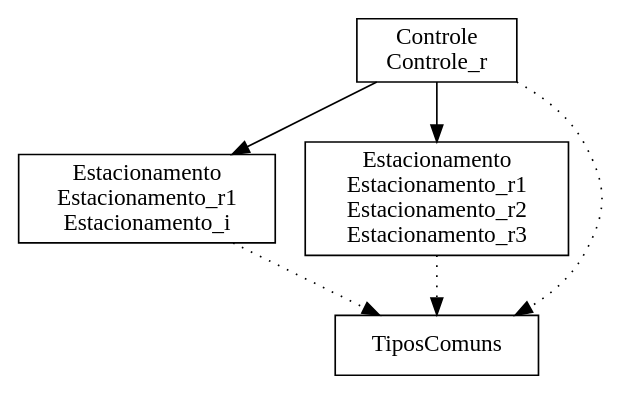
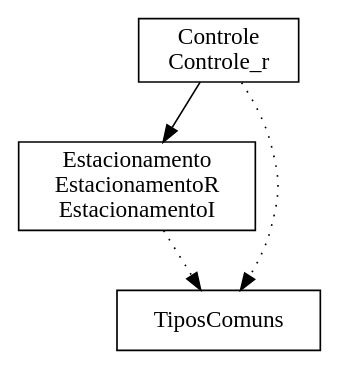
The diagram in Estacionamento/bdp/Estacionamento.dot (ciromdrs/mch_estacionamento), drawn with Graphviz before and after one commit. The commit also changed 78 other files, not shown here.

```diff
--- a/Estacionamento/bdp/Estacionamento.dot
+++ b/Estacionamento/bdp/Estacionamento.dot
@@ -1,12 +1,9 @@
 digraph {
 Controle_r [ label=" Controle\nControle_r " shape= box ]
-Estacionamento_i [ label=" Estacionamento\nEstacionamento_r1\nEstacionamento_i " shape= box ]
-Estacionamento_r3 [ label=" Estacionamento\nEstacionamento_r1\nEstacionamento_r2\nEstacionamento_r3 " shape= box ]
+EstacionamentoI [ label=" Estacionamento\nEstacionamentoR\nEstacionamentoI " shape= box ]
 TiposComuns [ label=" TiposComuns " shape= box ]
 
 "Controle_r" -> "TiposComuns" [style= dotted ]
-"Controle_r" -> "Estacionamento_i" []
-"Controle_r" -> "Estacionamento_r3" []
-"Estacionamento_i" -> "TiposComuns" [style= dotted ]
-"Estacionamento_r3" -> "TiposComuns" [style= dotted ]
+"Controle_r" -> "EstacionamentoI" []
+"EstacionamentoI" -> "TiposComuns" [style= dotted ]
 }
```
